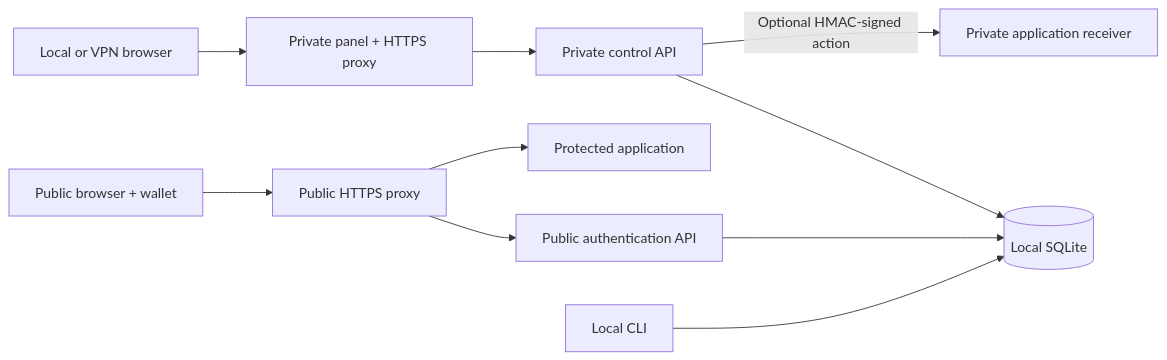
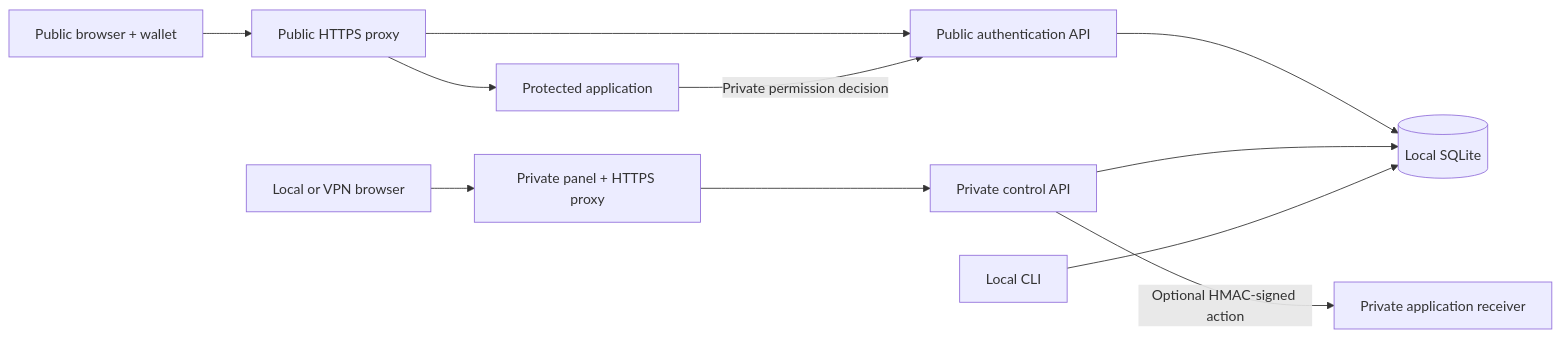
One commit to enriquegrx/gozne changed the diagram in docs/02-ARCHITECTURE.md. Above: the diagram before and after it, drawn with Mermaid. The commit also changed other lines of this file and 44 other files, not shown here.

````diff
--- a/docs/02-ARCHITECTURE.md
+++ b/docs/02-ARCHITECTURE.md
@@ -11,12 +11,13 @@
 ```mermaid
 flowchart LR
     U[Public browser + wallet] --> P[Public HTTPS proxy]
     P --> G[Public authentication API]
     P --> A[Protected application]
+    A -->|Private permission decision| G
     G --> S[(Local SQLite)]
     I[Local or VPN browser] --> D[Private panel + HTTPS proxy]
     D --> C[Private control API]
     C --> S
     C -->|Optional HMAC-signed action| R[Private application receiver]
     O[Local CLI] --> S
 ```
````
